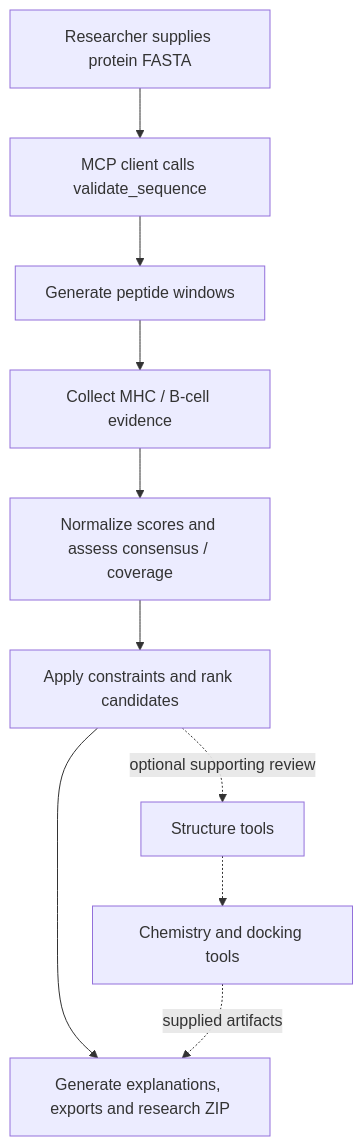
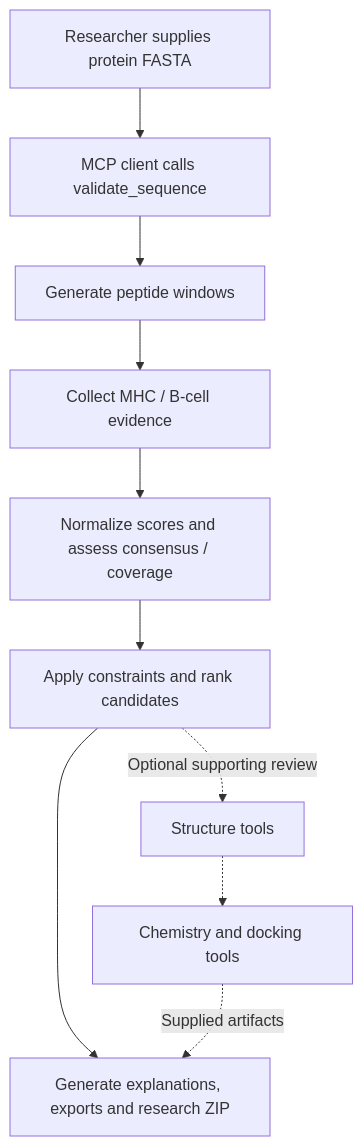
One commit to Ajey95/immuno-graph changed the first of 2 diagrams in README.md. Above: the diagram before and after it, drawn with Mermaid.

Commit message:
Correct end-to-end flow diagram labels

````diff
--- a/README.md
+++ b/README.md
@@ -55,12 +55,12 @@
 ```mermaid
 flowchart TD
     A["Researcher supplies protein FASTA"] --> B["MCP client calls validate_sequence"]
     B --> C["Generate peptide windows"]
     C --> D["Collect MHC / B-cell evidence"]
     D --> E["Normalize scores and assess consensus / coverage"]
     E --> F["Apply constraints and rank candidates"]
     F --> G["Generate explanations, exports and research ZIP"]
-    F -. "optional supporting review" .-> H["Structure tools"]
+    F -.->|Optional supporting review| H["Structure tools"]
     H -.-> I["Chemistry and docking tools"]
-    I -. "supplied artifacts" .-> G
+    I -.->|Supplied artifacts| G
 ```
````
